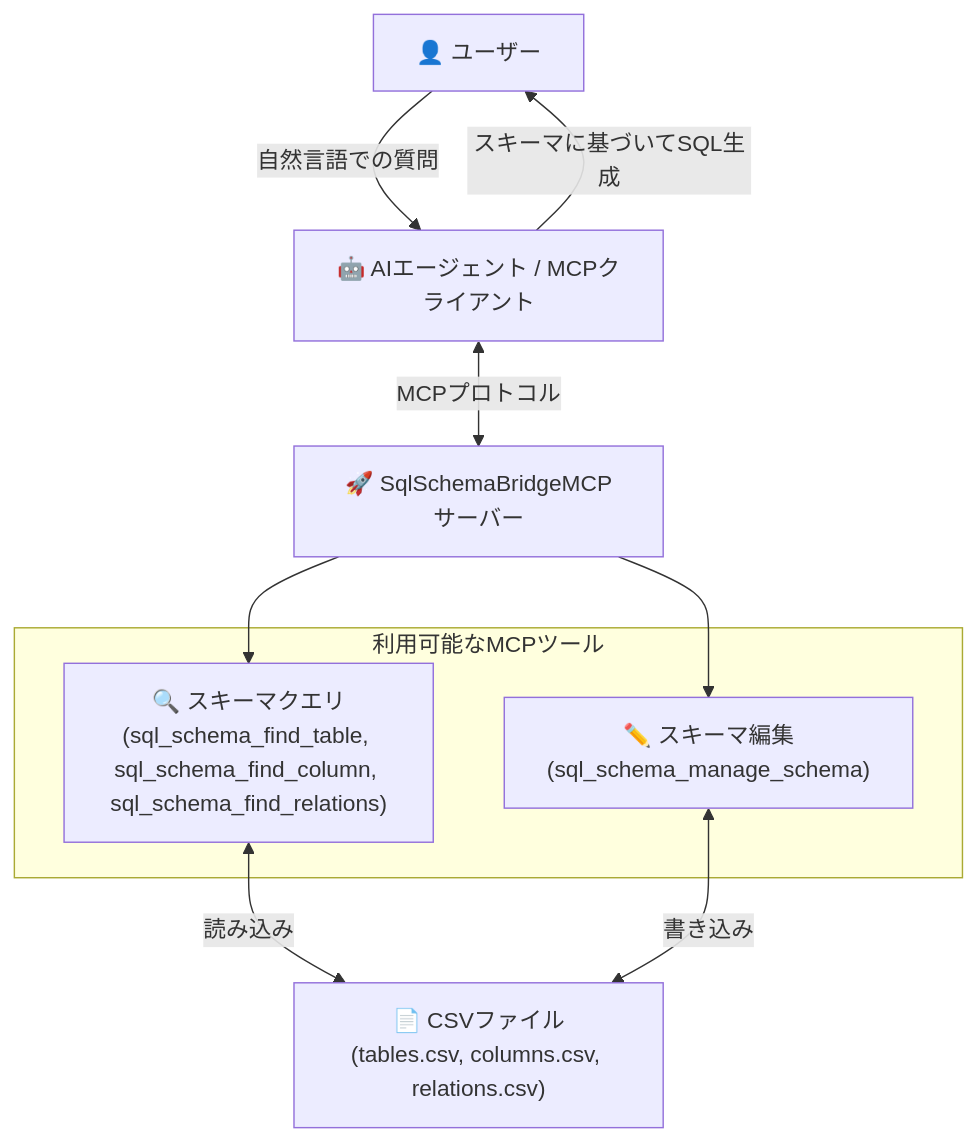
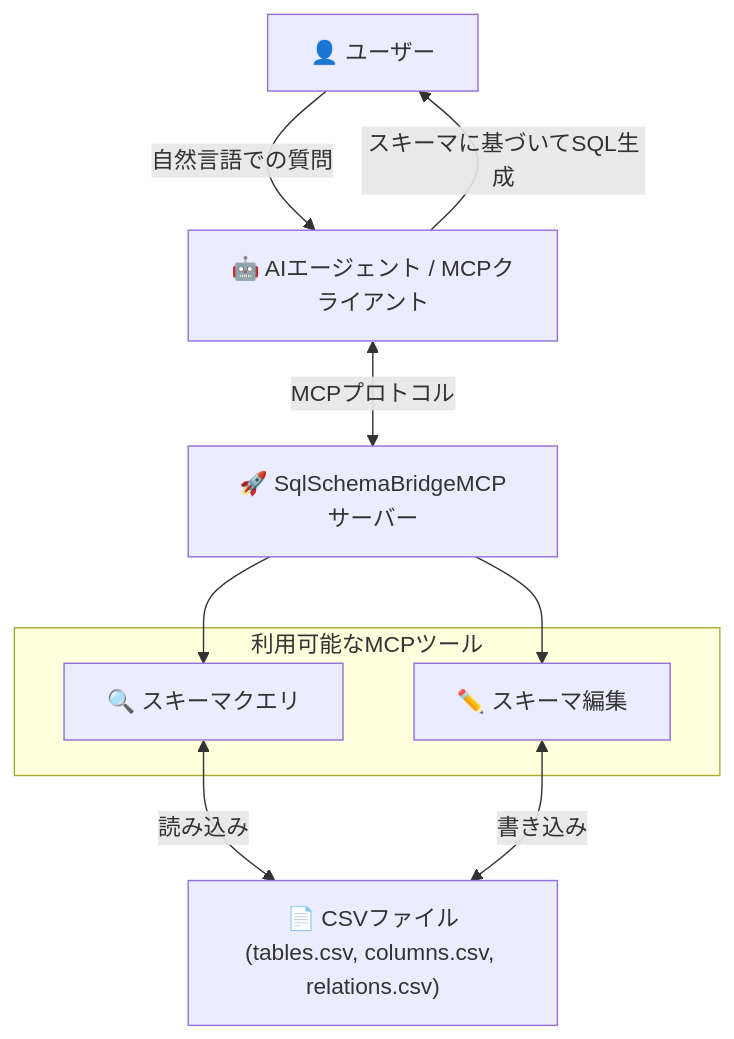
The first of 2 diagrams in README.ja.md (yt3trees/SqlSchemaBridgeMCP), drawn with Mermaid before and after one commit. The commit also changed 1 other file, not shown here.

````diff
--- a/README.ja.md
+++ b/README.ja.md
@@ -8,21 +8,21 @@
 ```mermaid
 graph TB
     User["👤 ユーザー"]
     Agent["🤖 AIエージェント / MCPクライアント"]
     Server["🚀 SqlSchemaBridgeMCPサーバー"]
     CSVFiles["📄 CSVファイル<br/>(tables.csv, columns.csv, relations.csv)"]
 
     subgraph "利用可能なMCPツール"
-        QueryTools["🔍 スキーマクエリ<br/>(sql_schema_find_table, sql_schema_find_column, sql_schema_find_relations)"]
-        EditTools["✏️ スキーマ編集<br/>(sql_schema_manage_schema)"]
+        QueryTools["🔍 スキーマクエリ"]
+        EditTools["✏️ スキーマ編集"]
     end
 
     %% メインフロー
     User -->|"自然言語での質問"| Agent
     Agent <-->|"MCPプロトコル"| Server
     Server --> QueryTools
     Server --> EditTools
     QueryTools <-->|"読み込み"| CSVFiles
     EditTools <-->|"書き込み"| CSVFiles
     Agent -->|"スキーマに基づいてSQL生成"| User
 ```
````
